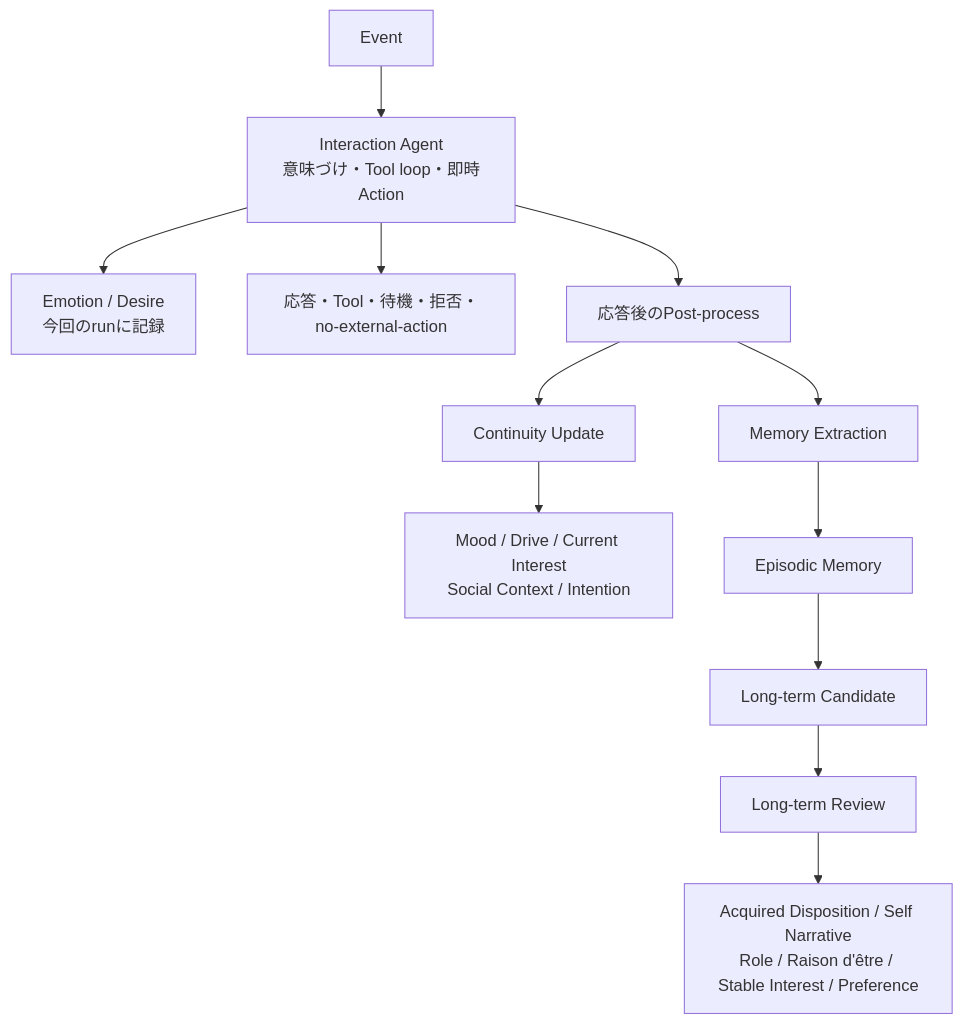
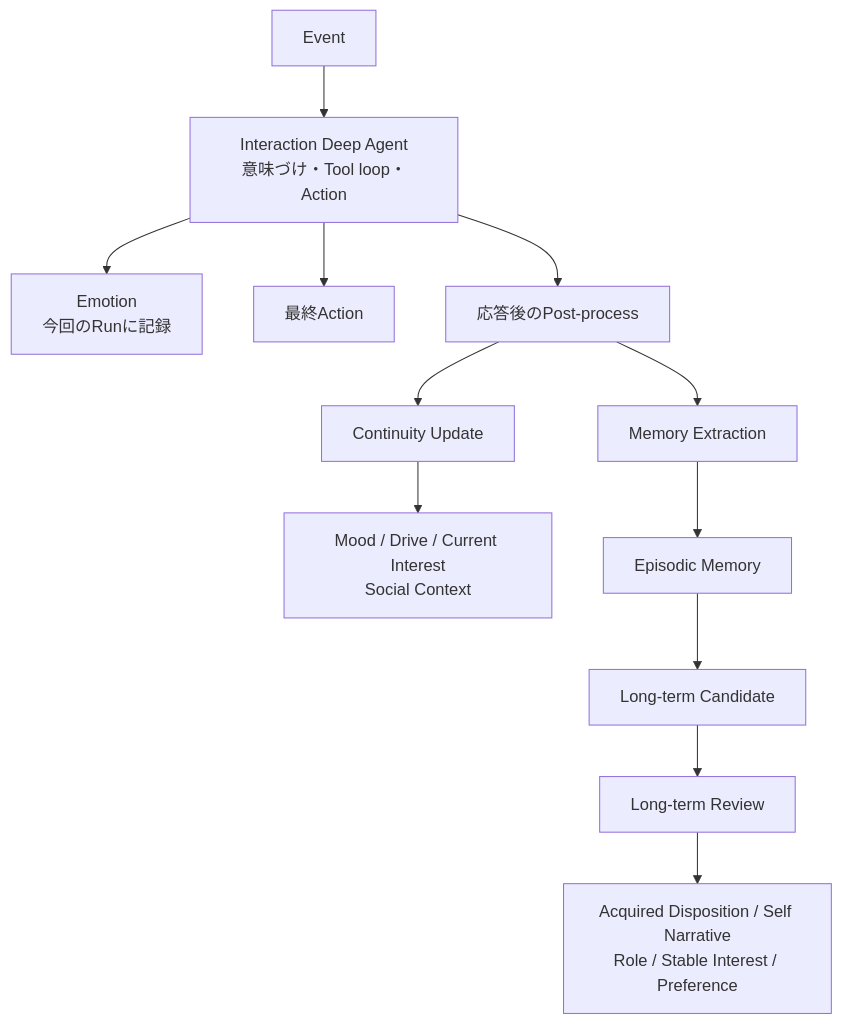
One commit to if001/social_agent changed the second of 5 diagrams in docs/AGENT_MOTIVATION_MODEL.md. Above: the diagram before and after it, drawn with Mermaid. The commit also changed other lines of this file and 11 other files, not shown here.

````diff
--- a/docs/AGENT_MOTIVATION_MODEL.md
+++ b/docs/AGENT_MOTIVATION_MODEL.md
@@ -99,16 +83,14 @@
 ```mermaid
 flowchart TB
-    E["Event"] --> IA["Interaction Agent<br/>意味づけ・Tool loop・即時Action"]
-    IA --> SHORT["Emotion / Desire<br/>今回のrunに記録"]
-    IA --> ACTION["応答・Tool・待機・拒否・no-external-action"]
-
+    E["Event"] --> IA["Interaction Deep Agent<br/>意味づけ・Tool loop・Action"]
+    IA --> SHORT["Emotion<br/>今回のRunに記録"]
+    IA --> ACTION["最終Action"]
     IA --> PP["応答後のPost-process"]
     PP --> CONT["Continuity Update"]
-    CONT --> MID["Mood / Drive / Current Interest<br/>Social Context / Intention"]
+    CONT --> MID["Mood / Drive / Current Interest<br/>Social Context"]
     PP --> MX["Memory Extraction"]
     MX --> MEMORY["Episodic Memory"]
     MEMORY --> CAND["Long-term Candidate"]
-
     CAND --> LTR["Long-term Review"]
-    LTR --> LONG["Acquired Disposition / Self Narrative<br/>Role / Raison d'être / Stable Interest / Preference"]
+    LTR --> LONG["Acquired Disposition / Self Narrative<br/>Role / Stable Interest / Preference"]
 ```
````
